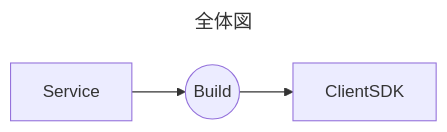
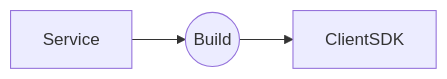
The diagram in README.md (madakaheri/microservice-framework), drawn with Mermaid before and after one commit. The commit also changed other lines of this file and 20 other files, not shown here.

````diff
--- a/README.md
+++ b/README.md
@@ -3,8 +5,5 @@
 ```mermaid
----
-title: 全体図
----
 flowchart LR
     Service --> Build((Build))
 		Build --> ClientSDK
 ```
````
